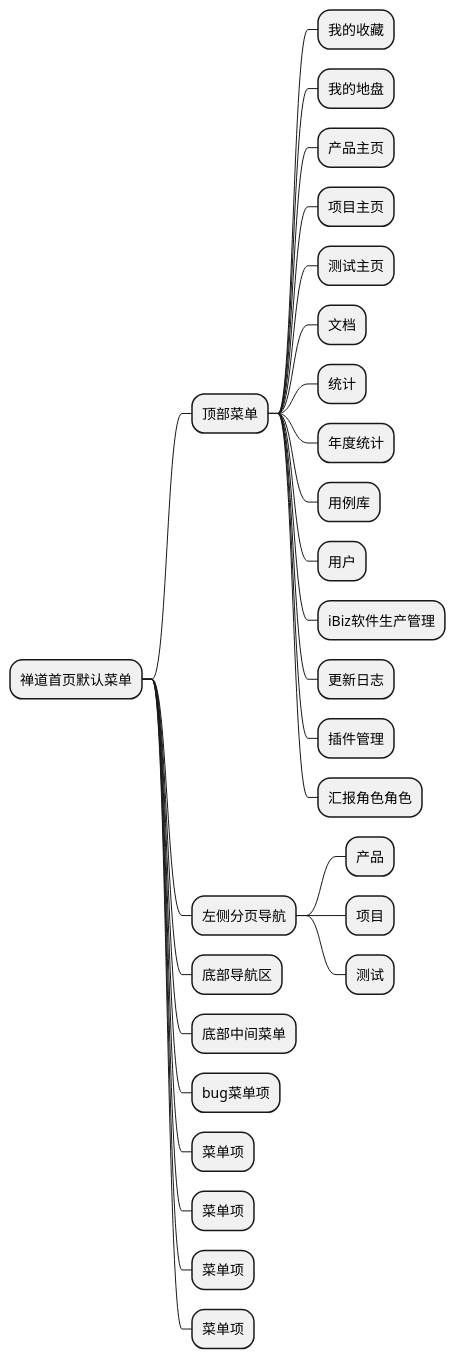
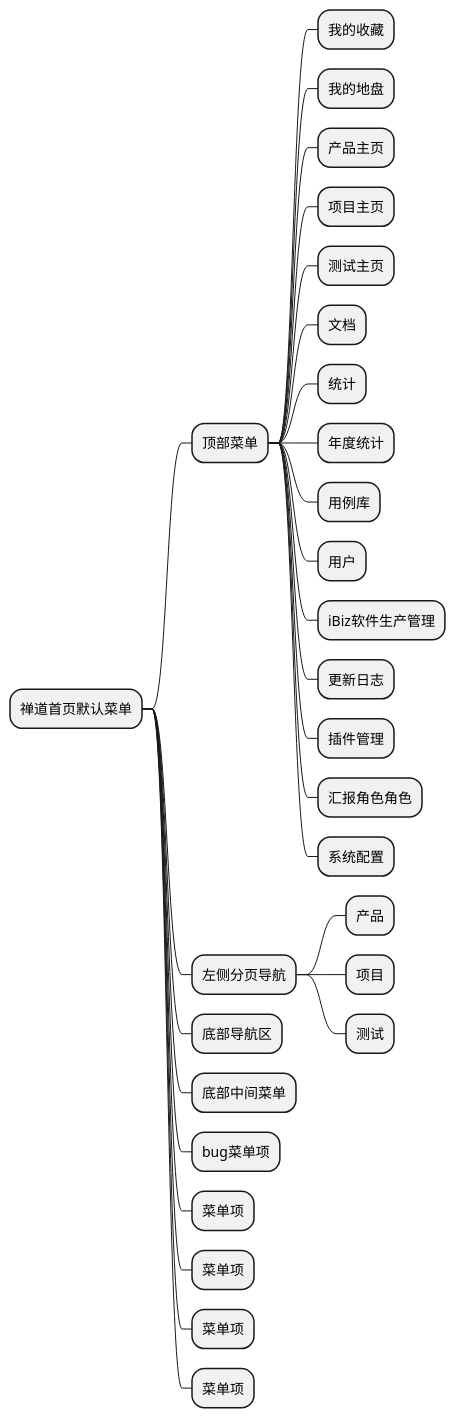
Before and after one commit to zj335841911/nt_chandao: the diagram in ibizpms-docs/src/main/doc/v1/app/web/zentao.md, drawn with PlantUML. The commit also changed other lines of this file and 8 other files, not shown here.

```diff
--- a/ibizpms-docs/src/main/doc/v1/app/web/zentao.md
+++ b/ibizpms-docs/src/main/doc/v1/app/web/zentao.md
@@ -5,31 +5,32 @@
 {% plantuml %}
 @startmindmap
 * 禅道首页默认菜单
 ** 顶部菜单
 *** 我的收藏
 *** 我的地盘
 *** 产品主页
 *** 项目主页
 *** 测试主页
 *** 文档
 *** 统计
 *** 年度统计
 *** 用例库
 *** 用户
 *** iBiz软件生产管理
 *** 更新日志
 *** 插件管理
 *** 汇报角色角色
+*** 系统配置
 ** 左侧分页导航
 *** 产品
 *** 项目
 *** 测试
 ** 底部导航区
 ** 底部中间菜单
 ** bug菜单项
 ** 菜单项
 ** 菜单项
 ** 菜单项
 ** 菜单项
 @endmindmap
 {% endplantuml %}
```
